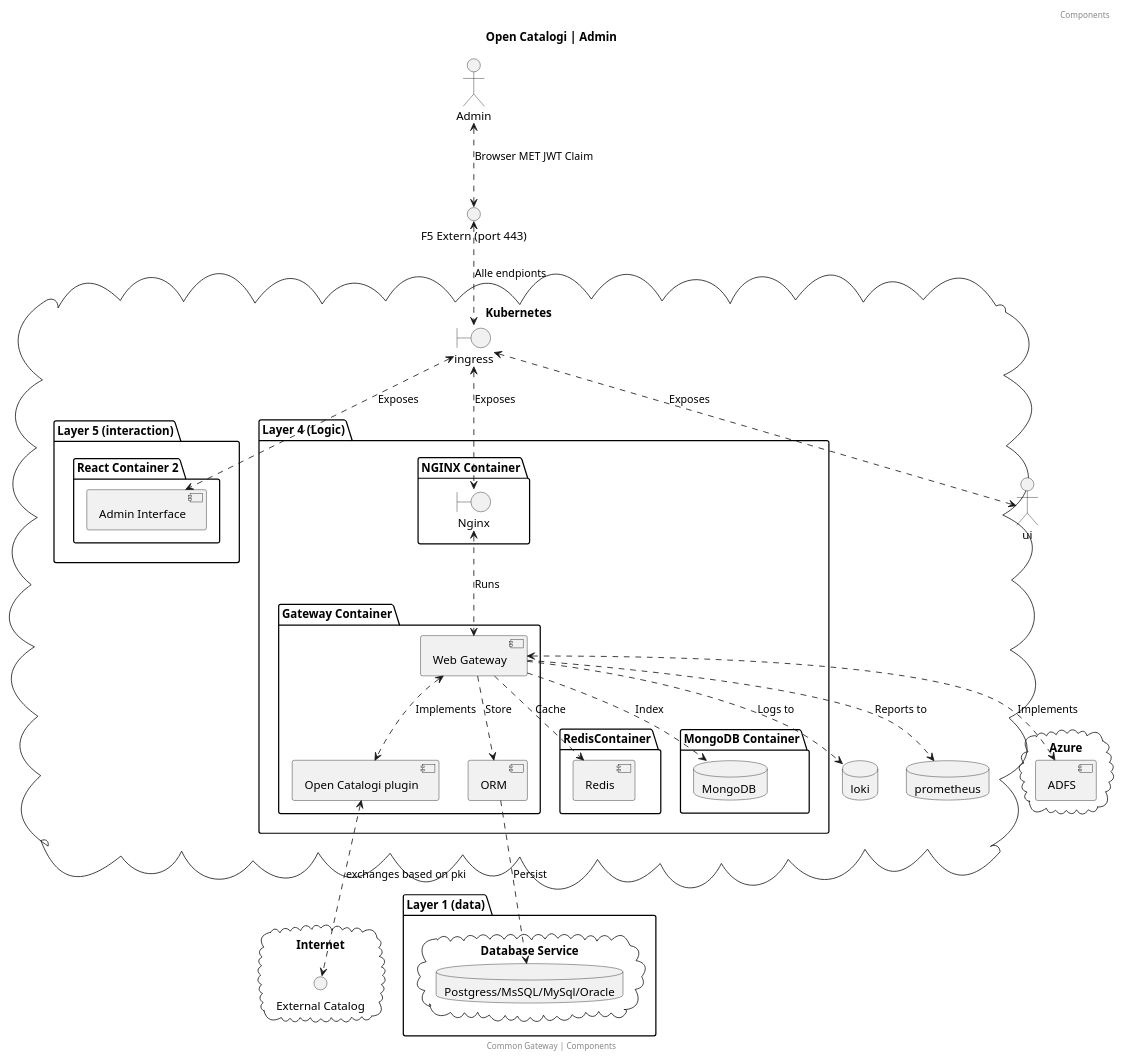
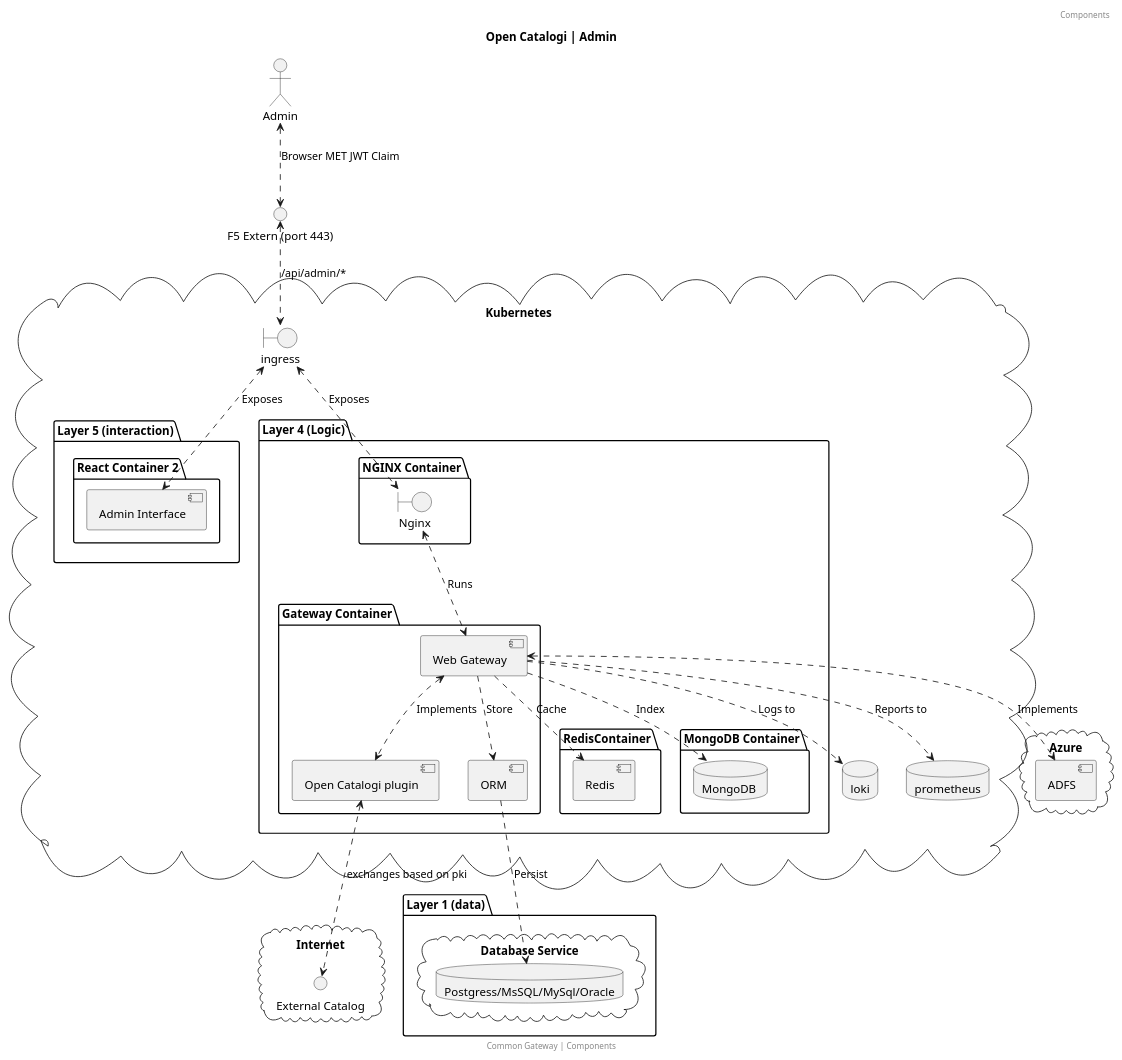
Before and after one commit to OpenCatalogi/OpenCatalogiBundle: the diagram in docs/oc_admin.puml, drawn with PlantUML. The commit also changed 2 other files, not shown here.

```diff
--- a/docs/oc_admin.puml
+++ b/docs/oc_admin.puml
@@ -1,77 +1,76 @@
 @startuml
 title: Open Catalogi | Admin
 footer: Common Gateway | Components
 header: Components
 
 actor "Admin" as adminUser
 interface "F5 Extern (port 443)" as f5intern
 
 cloud "Azure"{
  [ADFS]  as identity
 }
 
 cloud "Internet"{
 interface "External Catalog" as externalCatalog
 }
 
 
 cloud "Kubernetes"{
 
 boundary "ingress" as ingress
 database loki
 database prometheus
 
 package "Layer 5 (interaction)" {
 
 package "React Container 2" {
  [Admin Interface]  as admin
 }
 }
 
 
 package "Layer 4 (Logic)" {
 package "NGINX Container" {
  boundary "Nginx" as Nginx
 }
 
 package "Gateway Container" {
  [Open Catalogi plugin] as Plugins
  [Web Gateway] as Gateway
  [ORM] as ORM
 }
 
 package "RedisContainer" {
  [Redis] as Redis
 }
 
 
 package "MongoDB Container" {
  database  "MongoDB " as MognoDB
 }
 }
 
 }
 
 package "Layer 1 (data)" {
 cloud "Database Service"{
  database  "Postgress/MsSQL/MySql/Oracle" as db
 }
 }
 
 adminUser <..> f5intern : Browser MET JWT Claim
-f5intern <..> ingress: Alle endpionts
+f5intern <..> ingress: /api/admin/*
 
-ingress <..> ui: Exposes
 ingress <..> admin: Exposes
 ingress <..> Nginx: Exposes
 Nginx  <..> Gateway: Runs
 Gateway <..> Plugins: Implements
 Gateway <..> identity: Implements
 Gateway ..> loki: Logs to
 Gateway ..> prometheus: Reports to
 Plugins <..> externalCatalog: exchanges based on pki
 Gateway ..> MognoDB: Index
 Gateway ..> Redis: Cache
 Gateway ..> ORM: Store
 ORM  ..> db: Persist
 @enduml
```
